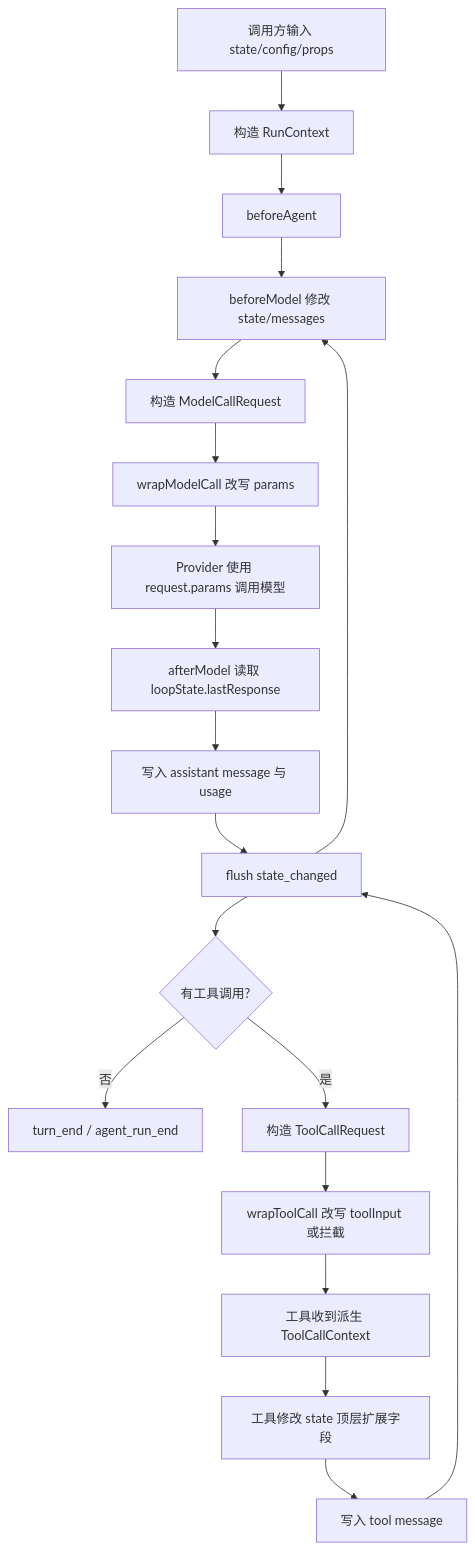
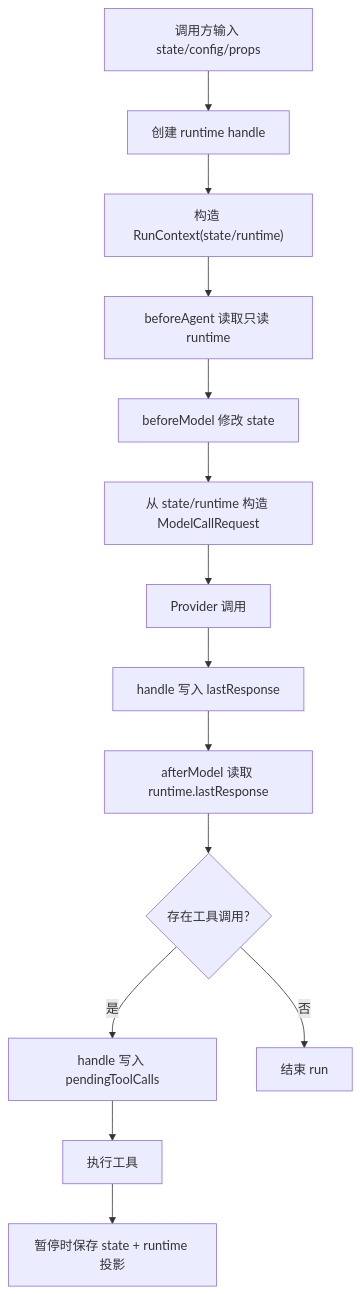
One commit to zixingtangmouren/mech-code changed the diagram in docs/15-agent-loop-state-context-design.md. Above: the diagram before and after it, drawn with Mermaid. The commit also changed other lines of this file and 70 other files, not shown here.

````diff
--- a/docs/15-agent-loop-state-context-design.md
+++ b/docs/15-agent-loop-state-context-design.md
@@ -143,21 +165,16 @@
 ```mermaid
 flowchart TD
-  U["调用方输入 state/config/props"] --> C["构造 RunContext"]
-  C --> BA["beforeAgent"]
-  BA --> BM["beforeModel 修改 state/messages"]
-  BM --> MR["构造 ModelCallRequest"]
-  MR --> WM["wrapModelCall 改写 params"]
-  WM --> P["Provider 使用 request.params 调用模型"]
-  P --> AM["afterModel 读取 loopState.lastResponse"]
-  AM --> M["写入 assistant message 与 usage"]
-  M --> SC["flush state_changed"]
-  SC --> T{"有工具调用?"}
-  T -- 否 --> END["turn_end / agent_run_end"]
-  T -- 是 --> TRQ["构造 ToolCallRequest"]
-  TRQ --> WT["wrapToolCall 改写 toolInput 或拦截"]
-  WT --> X["工具收到派生 ToolCallContext"]
-  X --> TM["工具修改 state 顶层扩展字段"]
-  TM --> TR["写入 tool message"]
-  TR --> SC
-  SC --> BM
+  U["调用方输入 state/config/props"] --> H["创建 runtime handle"]
+  H --> C["构造 RunContext(state/runtime)"]
+  C --> BA["beforeAgent 读取只读 runtime"]
+  BA --> BM["beforeModel 修改 state"]
+  BM --> MR["从 state/runtime 构造 ModelCallRequest"]
+  MR --> P["Provider 调用"]
+  P --> LR["handle 写入 lastResponse"]
+  LR --> AM["afterModel 读取 runtime.lastResponse"]
+  AM --> T{"存在工具调用?"}
+  T -- "是" --> PT["handle 写入 pendingToolCalls"]
+  PT --> X["执行工具"]
+  X --> CP["暂停时保存 state + runtime 投影"]
+  T -- "否" --> END["结束 run"]
 ```
````
